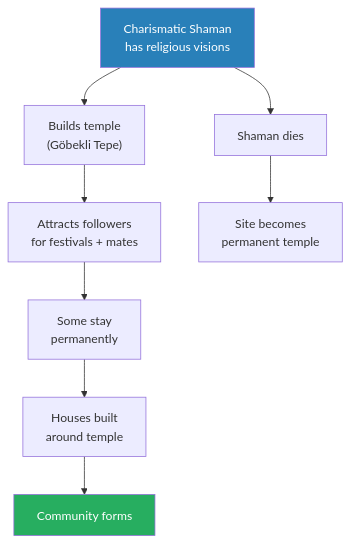
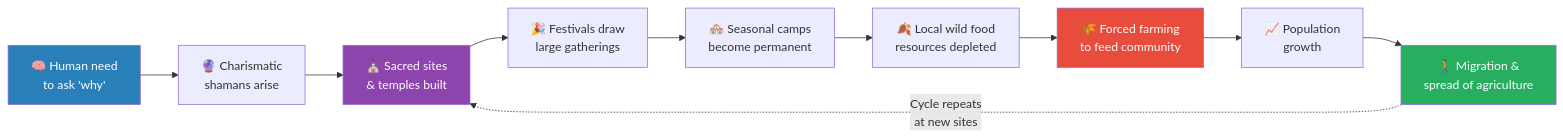
The fourth of 7 diagrams in summaries/Lectures/Civilization/01 - Explaining Humanity's Transition to Agriculture.md (alius33/reader), drawn with Mermaid before and after one commit. The commit also changed other lines of this file and 276 other files, not shown here.

````diff
--- a/summaries/Lectures/Civilization/01 - Explaining Humanity's Transition to Agriculture.md
+++ b/summaries/Lectures/Civilization/01 - Explaining Humanity's Transition to Agriculture.md
@@ -201,12 +428,16 @@
 ```mermaid
-flowchart TB
-    S["Charismatic Shaman<br/>has religious visions"] --> T["Builds temple<br/>(Göbekli Tepe)"]
-    T --> F["Attracts followers<br/>for festivals + mates"]
-    F --> P["Some stay<br/>permanently"]
-    P --> H["Houses built<br/>around temple"]
-    H --> C["Community forms"]
-    S --> D["Shaman dies"]
-    D --> W["Site becomes<br/>permanent temple"]
-    style S fill:#2980b9,color:#fff
-    style C fill:#27ae60,color:#fff
+flowchart LR
+    A["🧠 Human need<br/>to ask 'why'"] --> B["🔮 Charismatic<br/>shamans arise"]
+    B --> C["⛪ Sacred sites<br/>& temples built"]
+    C --> D["🎉 Festivals draw<br/>large gatherings"]
+    D --> E["🏘️ Seasonal camps<br/>become permanent"]
+    E --> F["🍂 Local wild food<br/>resources depleted"]
+    F --> G["🌾 Forced farming<br/>to feed community"]
+    G --> H["📈 Population<br/>growth"]
+    H --> I["🚶 Migration &<br/>spread of agriculture"]
+    I -.->|"Cycle repeats<br/>at new sites"| C
+    style A fill:#2980b9,color:#fff
+    style C fill:#8e44ad,color:#fff
+    style G fill:#e74c3c,color:#fff
+    style I fill:#27ae60,color:#fff
 ```
````
